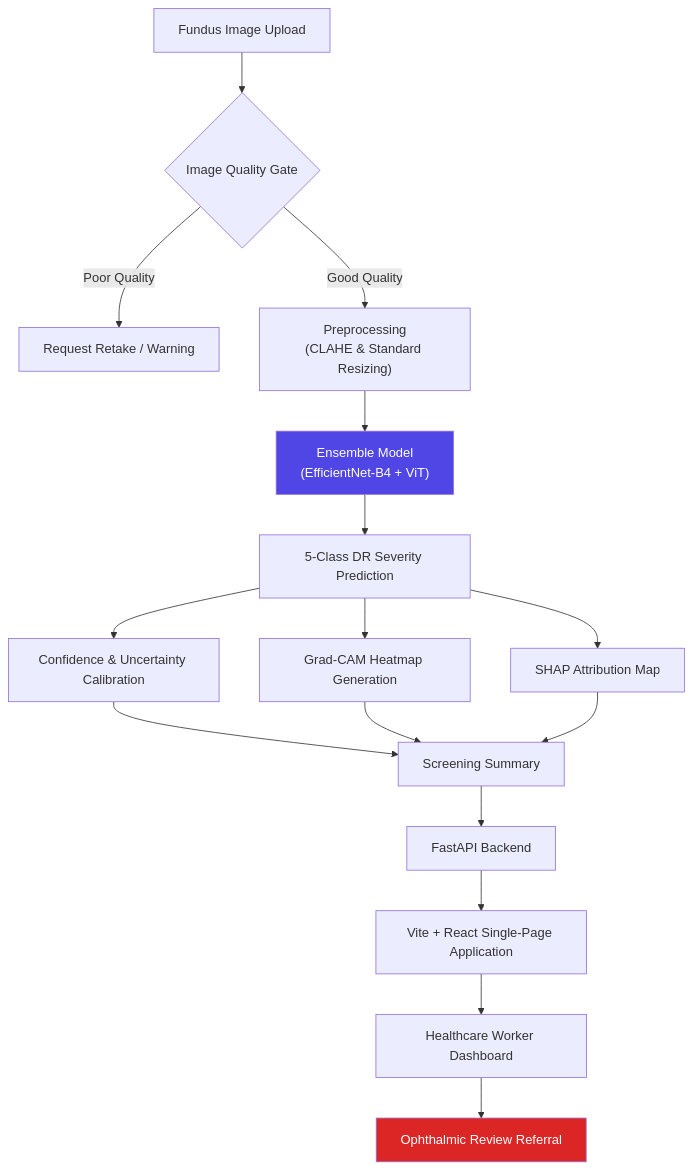
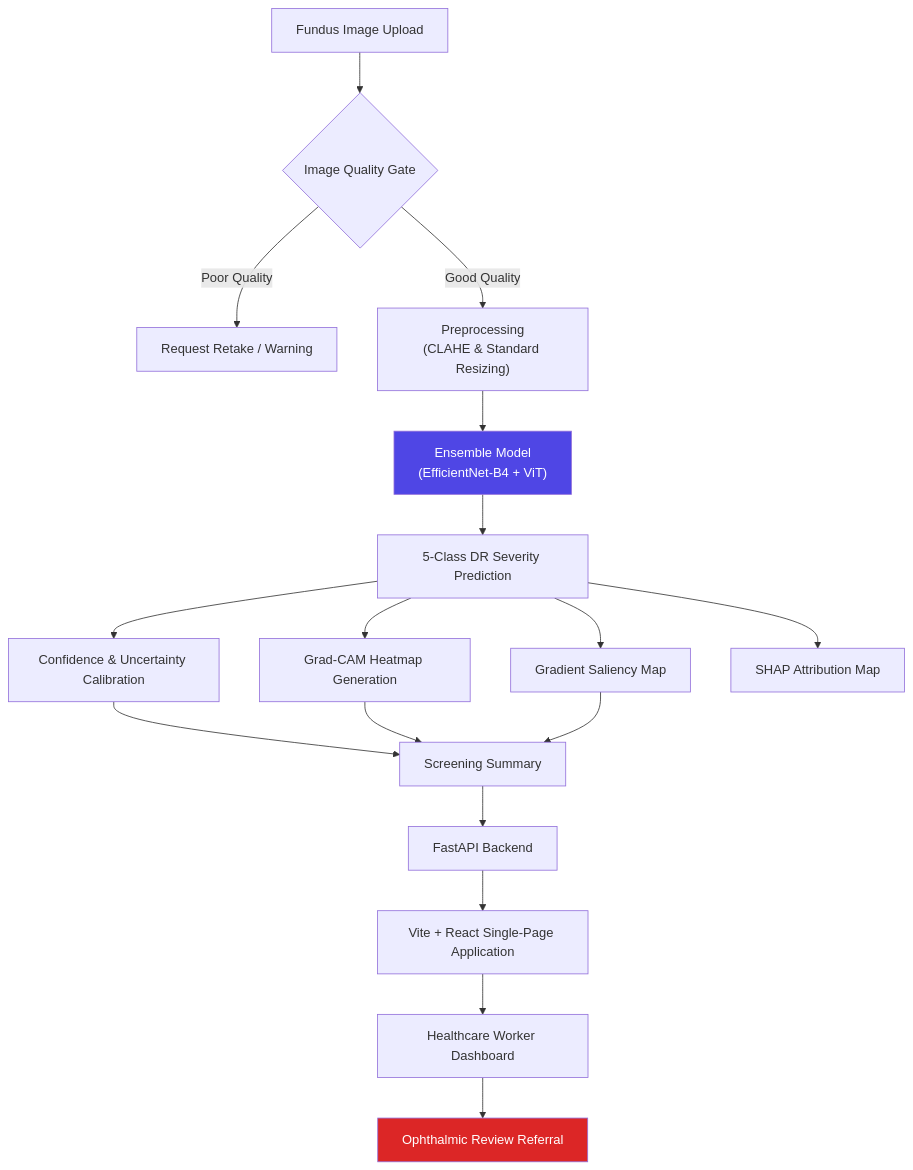
One commit to Arjun7039/XAI_for_DIABETIC_RETINOPATHY changed the diagram in README.md. Above: the diagram before and after it, drawn with Mermaid. The commit also changed other lines of this file and 28 other files, not shown here.

````diff
--- a/README.md
+++ b/README.md
@@ -64,21 +65,22 @@
 ```mermaid
 flowchart TD
     A[Fundus Image Upload] --> B{Image Quality Gate}
     B -->|Poor Quality| C[Request Retake / Warning]
     B -->|Good Quality| D["Preprocessing<br/>(CLAHE & Standard Resizing)"]
     D --> E["Ensemble Model<br/>(EfficientNet-B4 + ViT)"]
     E --> F[5-Class DR Severity Prediction]
     F --> G[Confidence & Uncertainty Calibration]
     F --> H[Grad-CAM Heatmap Generation]
-    F --> I[SHAP Attribution Map]
-    G --> J[Screening Summary]
-    H --> J
-    I --> J
-    J --> K[FastAPI Backend]
-    K --> L[Vite + React Single-Page Application]
-    L --> M[Healthcare Worker Dashboard]
-    M --> N[Ophthalmic Review Referral]
+    F --> I[Gradient Saliency Map]
+    F --> J[SHAP Attribution Map]
+    G --> K[Screening Summary]
+    H --> K
+    I --> K
+    K --> L[FastAPI Backend]
+    L --> M[Vite + React Single-Page Application]
+    M --> N[Healthcare Worker Dashboard]
+    N --> O[Ophthalmic Review Referral]
 
     style E fill:#4F46E5,color:#fff
-    style N fill:#DC2626,color:#fff
+    style O fill:#DC2626,color:#fff
 ```
````
